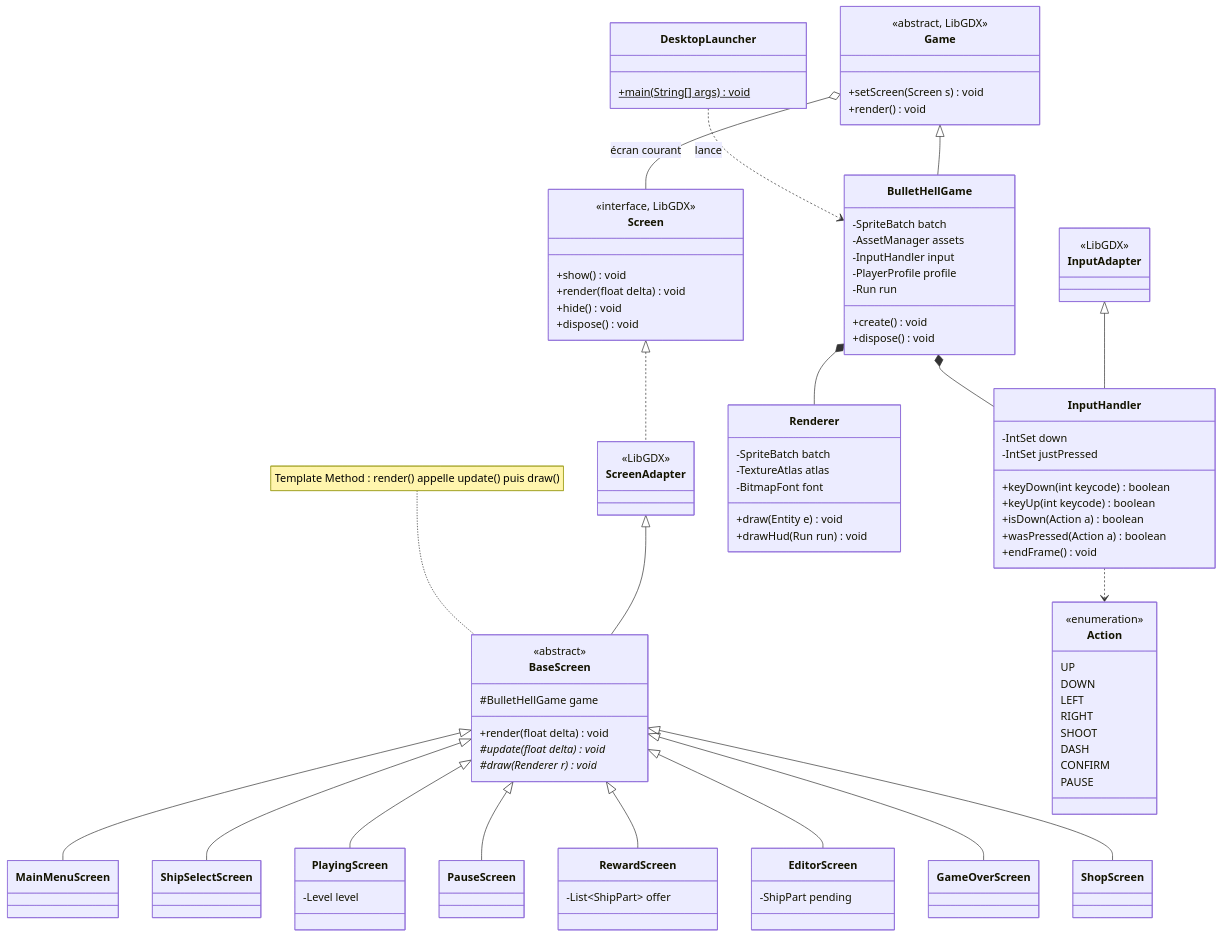
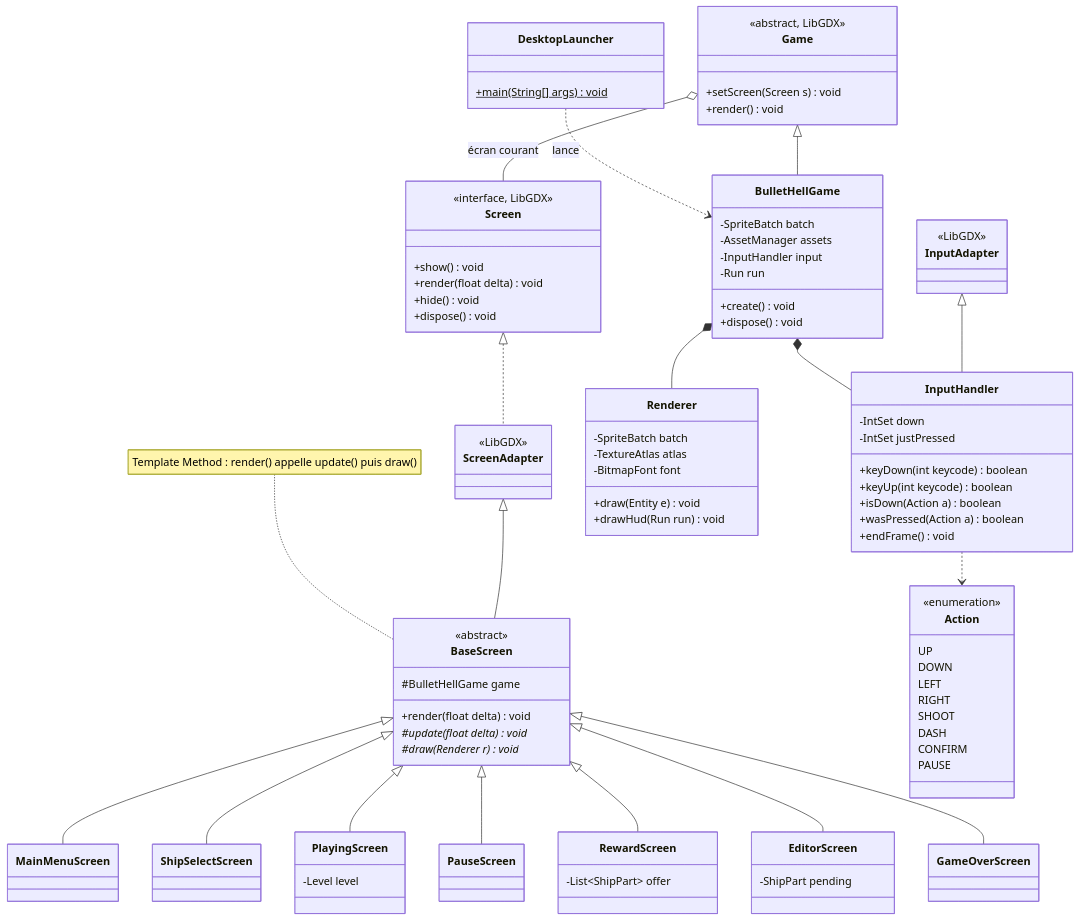
The third of 11 diagrams in content/2D-Game/ideas/pierre/Bullet hell roguelike - UML.md (Bisiaux-dev/public-vault), drawn with Mermaid before and after one commit. The commit also changed other lines of this file and 31 other files, not shown here.

````diff
--- a/content/2D-Game/ideas/pierre/Bullet hell roguelike - UML.md
+++ b/content/2D-Game/ideas/pierre/Bullet hell roguelike - UML.md
@@ -83,7 +82,6 @@
         -SpriteBatch batch
         -AssetManager assets
         -InputHandler input
-        -PlayerProfile profile
         -Run run
         +create() void
         +dispose() void
@@ -108,7 +106,6 @@
         -ShipPart pending
     }
     class GameOverScreen
-    class ShopScreen
     class InputHandler {
         -IntSet down
         -IntSet justPressed
@@ -156,6 +153,5 @@
     BaseScreen <|-- RewardScreen
     BaseScreen <|-- EditorScreen
     BaseScreen <|-- GameOverScreen
-    BaseScreen <|-- ShopScreen
     note for BaseScreen "Template Method : render() appelle update() puis draw()"
 ```
````
